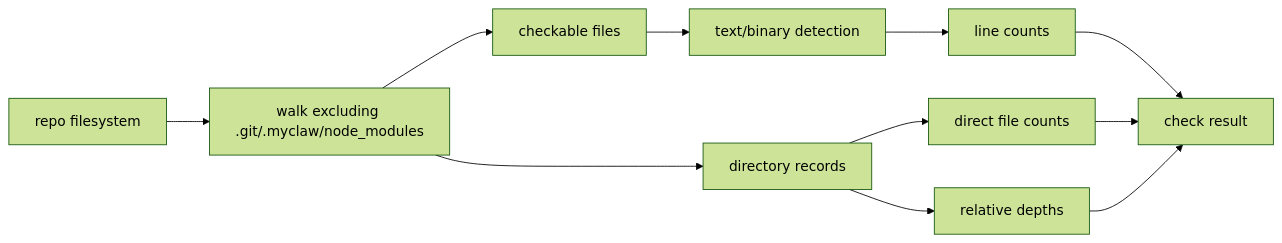
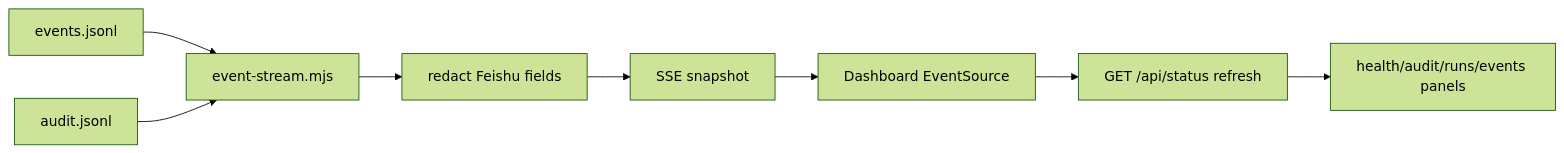
Before and after one commit to mayf3/myclaw: the ninth of 10 diagrams in docs/implementation-architecture.md, drawn with Mermaid (forest theme). The commit also changed other lines of this file and 28 other files, not shown here.

Commit message:
feat: add gateway event stream scoped tokens

````diff
--- a/docs/implementation-architecture.md
+++ b/docs/implementation-architecture.md
@@ -262,13 +265,10 @@
 ```mermaid
 flowchart LR
-  FS[repo filesystem] --> Walk[walk excluding .git/.myclaw/node_modules]
-  Walk --> Files[checkable files]
-  Walk --> Directories[directory records]
-  Files --> TextDetect[text/binary detection]
-  TextDetect --> LineCounts[line counts]
-  Directories --> FileCounts[direct file counts]
-  Directories --> Depths[relative depths]
-  LineCounts --> Report[check result]
-  FileCounts --> Report
-  Depths --> Report
+  Runs[events.jsonl] --> EventStream[event-stream.mjs]
+  Audit[audit.jsonl] --> EventStream
+  EventStream --> Redaction[redact Feishu fields]
+  Redaction --> Snapshot[SSE snapshot]
+  Snapshot --> Browser[Dashboard EventSource]
+  Browser --> StatusFetch[GET /api/status refresh]
+  StatusFetch --> Panels[health/audit/runs/events panels]
 ```
````
